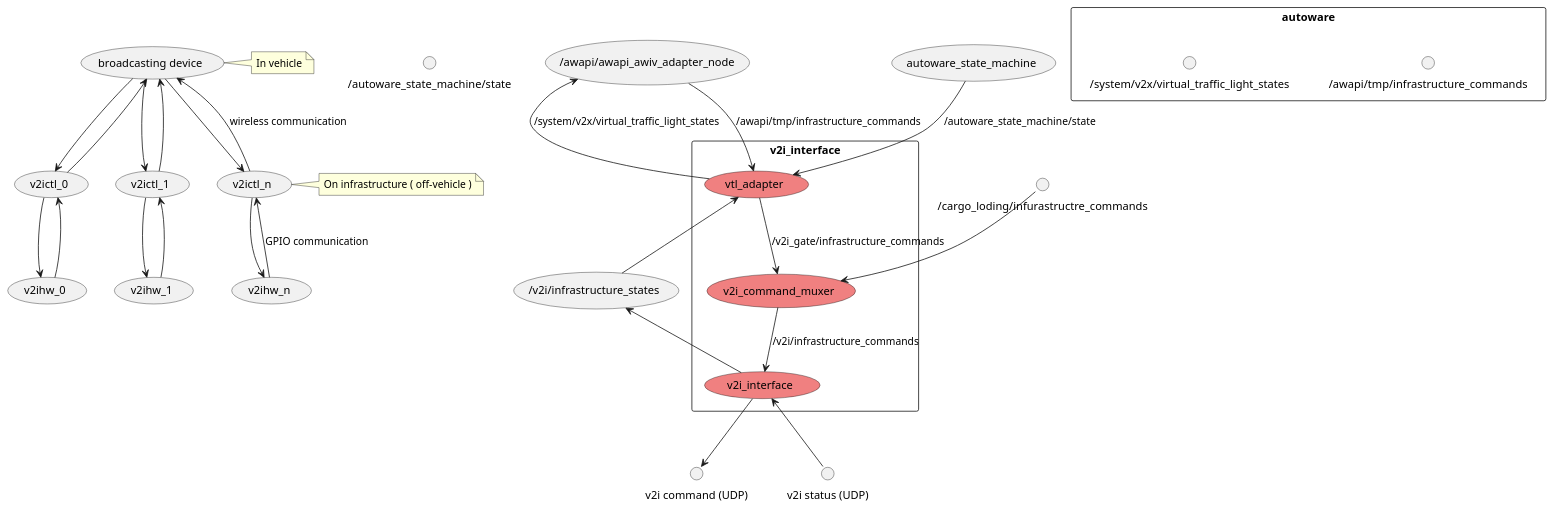
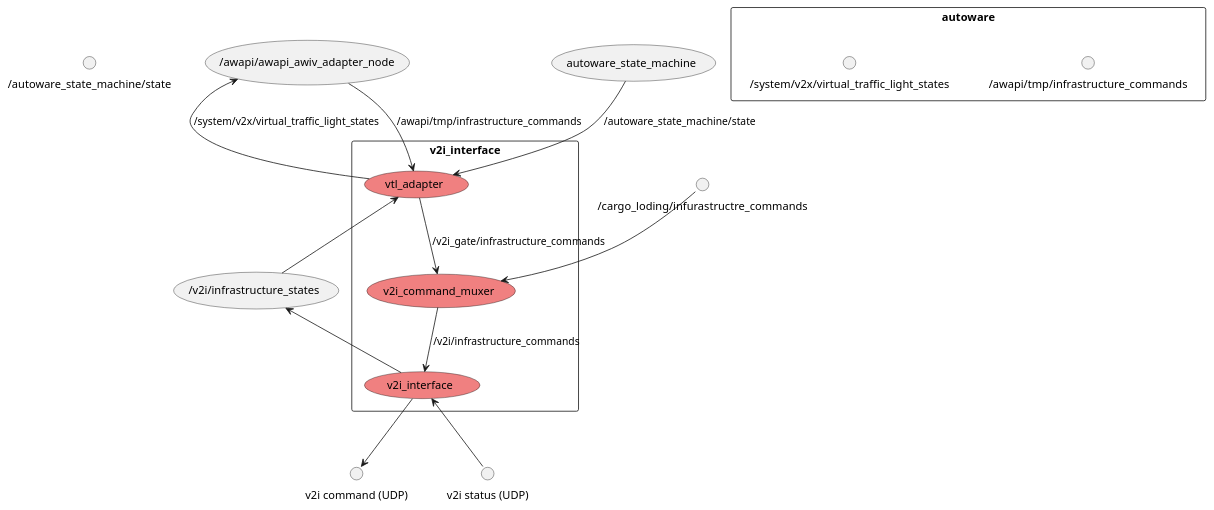
Before and after one commit to sfukuta/v2i_interface: the diagram in docs/node_graph_internal_spec.pu, drawn with PlantUML.

```diff
--- a/docs/node_graph_internal_spec.pu
+++ b/docs/node_graph_internal_spec.pu
@@ -1,47 +1,27 @@
 @startuml
 
 rectangle autoware {
   interface "/awapi/tmp/infrastructure_commands"
   interface "/system/v2x/virtual_traffic_light_states"
 }
 interface "/autoware_state_machine/state"
 rectangle "v2i_interface" as v2i {
   usecase "v2i_interface" #LightCoral
   usecase "v2i_command_muxer" #LightCoral
   usecase "vtl_adapter" #LightCoral
 } 
 interface "v2i command (UDP)" as v2i_command_udp
 interface "v2i status (UDP)" as v2i_status_udp
 interface "/cargo_loding/infurastructre_commands"
 
 (/awapi/awapi_awiv_adapter_node) --> (vtl_adapter) : /awapi/tmp/infrastructure_commands
 (/awapi/awapi_awiv_adapter_node) <-- (vtl_adapter) : /system/v2x/virtual_traffic_light_states
 (autoware_state_machine) --> (vtl_adapter) : /autoware_state_machine/state
 (/cargo_loding/infurastructre_commands) --> (v2i_command_muxer)
 (vtl_adapter) --> (v2i_command_muxer) : /v2i_gate/infrastructure_commands
 (v2i_command_muxer) --> (v2i_interface) : /v2i/infrastructure_commands
 (vtl_adapter) <-- (/v2i/infrastructure_states)
 (/v2i/infrastructure_states) <-- (v2i_interface)
 (v2i_interface) --> (v2i_command_udp)
 (v2i_interface) <-- (v2i_status_udp)
-(broadcasting device) --> (v2ictl_0)
-(broadcasting device) <-- (v2ictl_0)
-(broadcasting device) --> (v2ictl_1)
-(broadcasting device) <-- (v2ictl_1)
-(broadcasting device) --> (v2ictl_n)
-(broadcasting device) <-- (v2ictl_n) : wireless communication
-
-(v2ictl_0) -[hidden] (v2ictl_1)
-(v2ictl_1) -[hidden] (v2ictl_n)
-
-(v2ictl_0) --> (v2ihw_0)
-(v2ictl_0) <-- (v2ihw_0)
-(v2ictl_1) --> (v2ihw_1)
-(v2ictl_1) <-- (v2ihw_1)
-(v2ictl_n) --> (v2ihw_n)
-(v2ictl_n) <-- (v2ihw_n) : GPIO communication
-
-note right of "broadcasting device" : In vehicle
-note right of v2ictl_n : On infrastructure ( off-vehicle )
-
 @enduml
```
